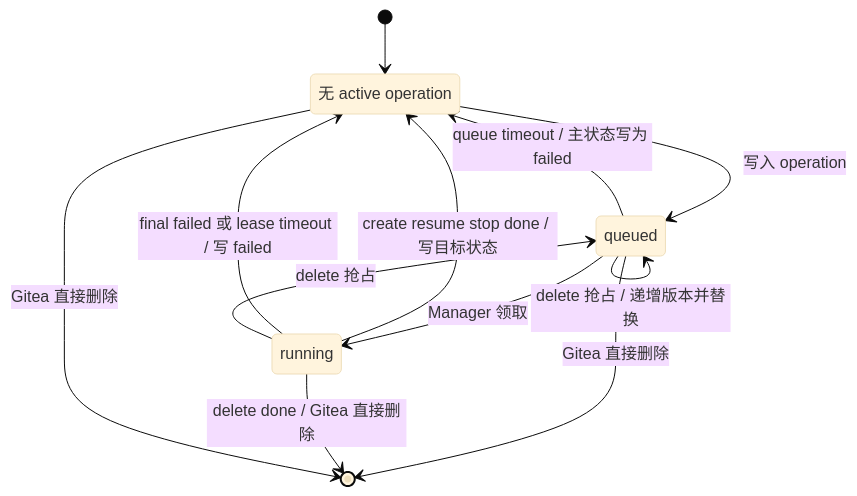
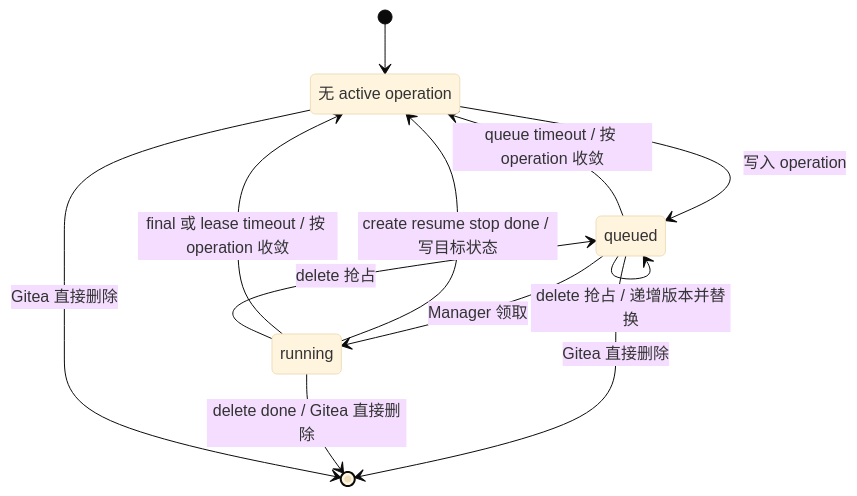
One commit to ExplodingDragon/gitea-dev changed the second of 4 diagrams in src/state-machine.md. Above: the diagram before and after it, drawn with Mermaid (base theme). The commit also changed other lines of this file and 9 other files, not shown here.

````diff
--- a/src/state-machine.md
+++ b/src/state-machine.md
@@ -121,20 +121,20 @@
 ```mermaid
 stateDiagram-v2
     direction TB
 
     NoOp: 无 active operation
     Queued: queued
     Running: running
 
     [*] --> NoOp
     NoOp --> Queued: 写入 operation
     Queued --> Running: Manager 领取
-    Queued --> NoOp: queue timeout / 主状态写为 failed
+    Queued --> NoOp: queue timeout / 按 operation 收敛
     Queued --> Queued: delete 抢占 / 递增版本并替换
     Queued --> [*]: Gitea 直接删除
     Running --> NoOp: create resume stop done / 写目标状态
-    Running --> NoOp: final failed 或 lease timeout / 写 failed
+    Running --> NoOp: final 或 lease timeout / 按 operation 收敛
     Running --> Queued: delete 抢占
     Running --> [*]: delete done / Gitea 直接删除
     NoOp --> [*]: Gitea 直接删除
 ```
````
